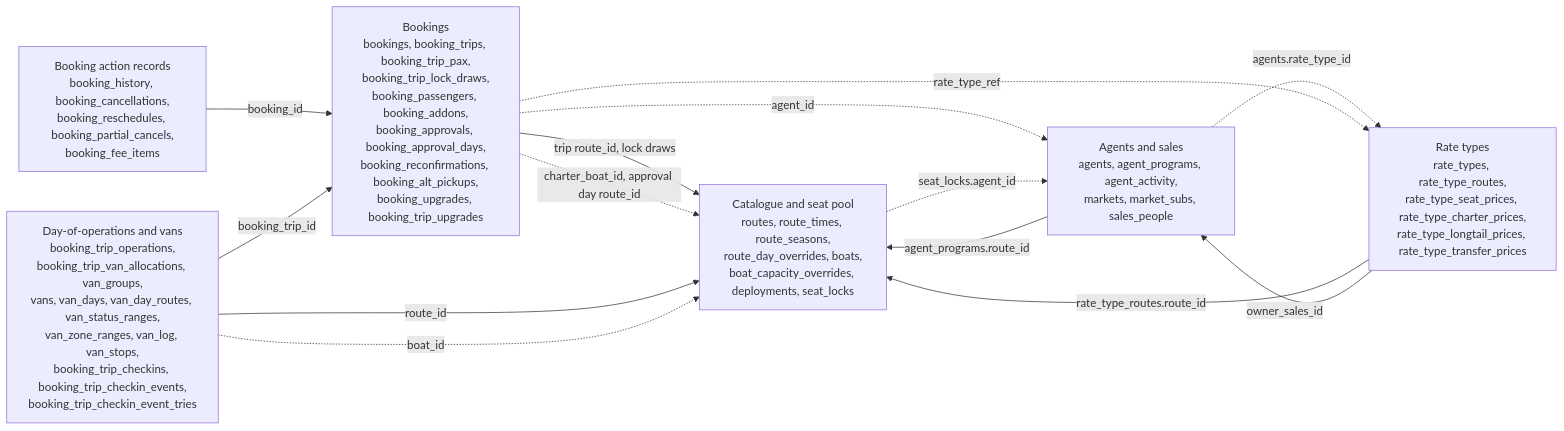
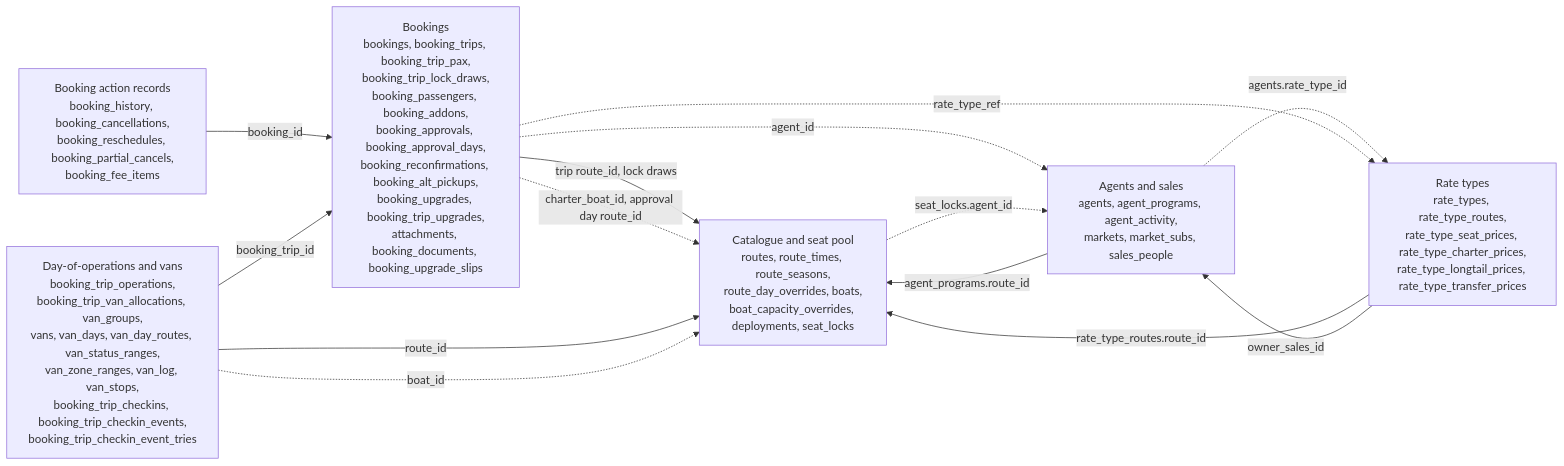
One commit to TheTaTha5/operation_backend changed the first of 7 diagrams in docs/schema.md. Above: the diagram before and after it, drawn with Mermaid. The commit also changed 14 other files, not shown here.

````diff
--- a/docs/schema.md
+++ b/docs/schema.md
@@ -28,23 +28,23 @@
 ```mermaid
 flowchart LR
   catalogue["Catalogue and seat pool<br/>routes, route_times, route_seasons,<br/>route_day_overrides, boats,<br/>boat_capacity_overrides, deployments, seat_locks"]
-  bookings["Bookings<br/>bookings, booking_trips, booking_trip_pax,<br/>booking_trip_lock_draws,<br/>booking_passengers, booking_addons,<br/>booking_approvals, booking_approval_days,<br/>booking_reconfirmations, booking_alt_pickups,<br/>booking_upgrades, booking_trip_upgrades"]
+  bookings["Bookings<br/>bookings, booking_trips, booking_trip_pax,<br/>booking_trip_lock_draws,<br/>booking_passengers, booking_addons,<br/>booking_approvals, booking_approval_days,<br/>booking_reconfirmations, booking_alt_pickups,<br/>booking_upgrades, booking_trip_upgrades,<br/>attachments, booking_documents, booking_upgrade_slips"]
   actions["Booking action records<br/>booking_history, booking_cancellations,<br/>booking_reschedules, booking_partial_cancels,<br/>booking_fee_items"]
   ops["Day-of-operations and vans<br/>booking_trip_operations,<br/>booking_trip_van_allocations, van_groups,<br/>vans, van_days, van_day_routes, van_status_ranges,<br/>van_zone_ranges, van_log, van_stops,<br/>booking_trip_checkins, booking_trip_checkin_events,<br/>booking_trip_checkin_event_tries"]
   sales["Agents and sales<br/>agents, agent_programs, agent_activity,<br/>markets, market_subs, sales_people"]
   rates["Rate types<br/>rate_types, rate_type_routes,<br/>rate_type_seat_prices, rate_type_charter_prices,<br/>rate_type_longtail_prices, rate_type_transfer_prices"]
 
   bookings -- "trip route_id, lock draws" --> catalogue
   bookings -. "charter_boat_id, approval day route_id" .-> catalogue
   actions -- "booking_id" --> bookings
   ops -- "booking_trip_id" --> bookings
   ops -- "route_id" --> catalogue
   ops -. "boat_id" .-> catalogue
   sales -- "agent_programs.route_id" --> catalogue
   bookings -. "agent_id" .-> sales
   catalogue -. "seat_locks.agent_id" .-> sales
   rates -- "rate_type_routes.route_id" --> catalogue
   rates -- "owner_sales_id" --> sales
   sales -. "agents.rate_type_id" .-> rates
   bookings -. "rate_type_ref" .-> rates
 ```
````
